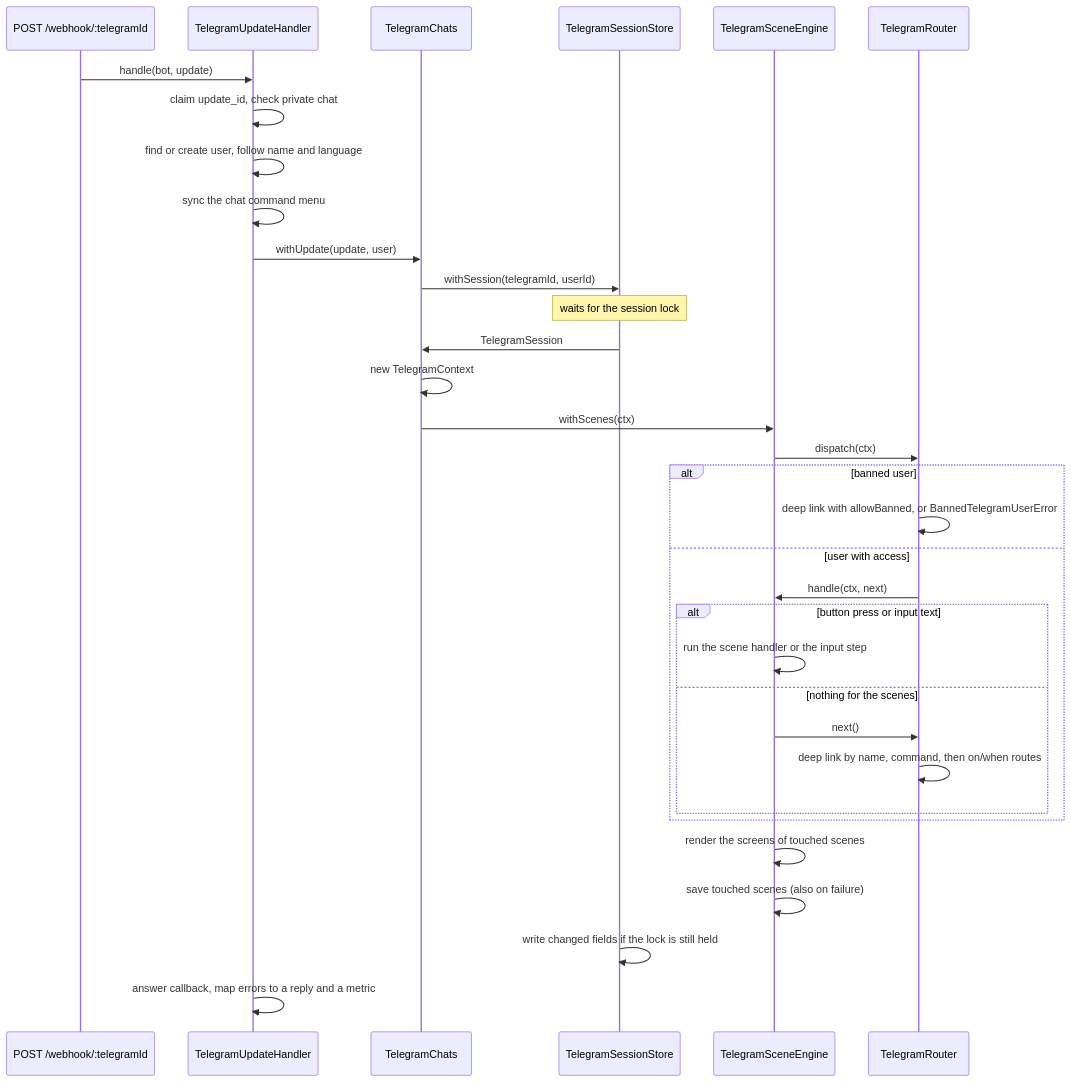
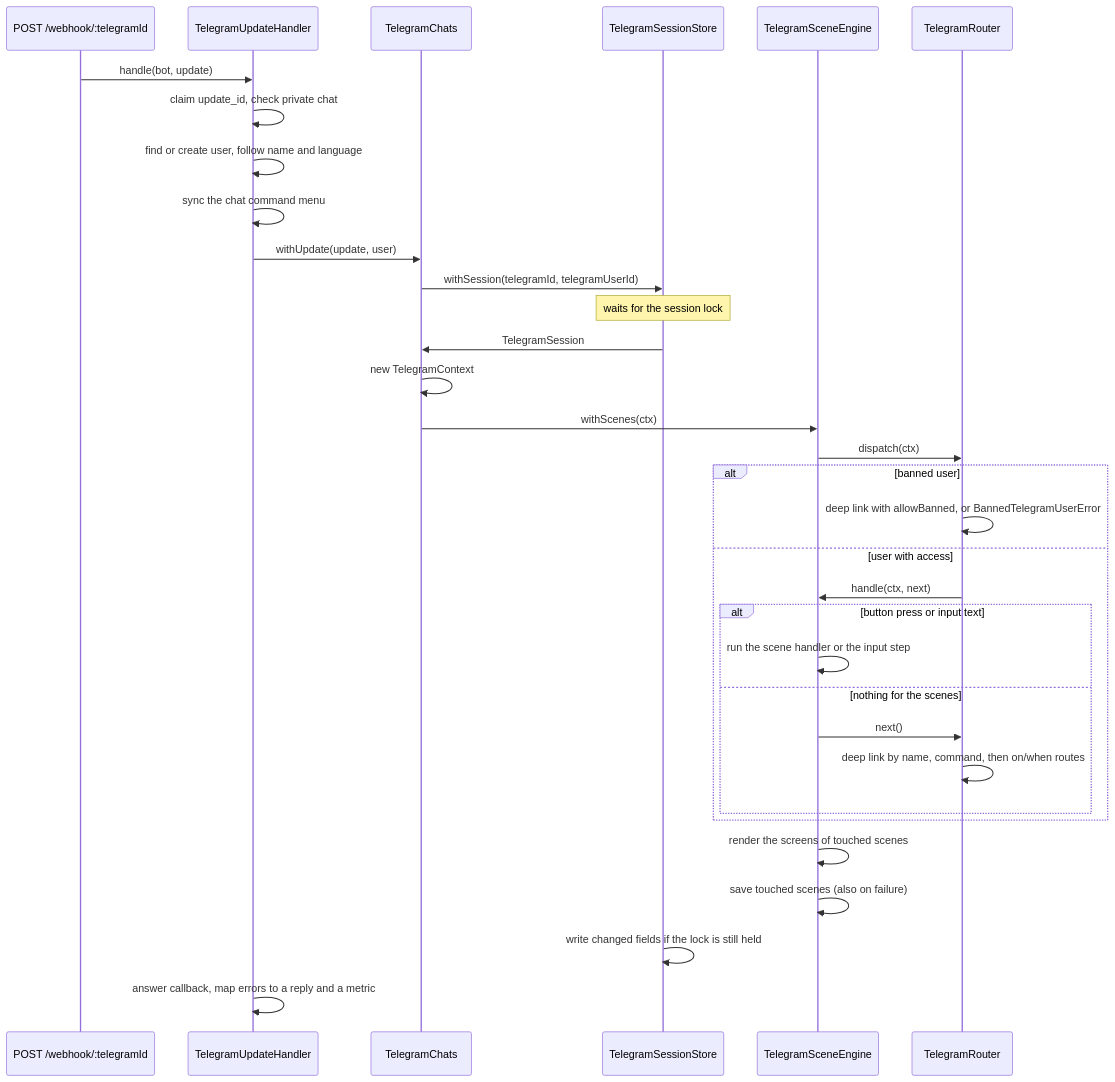
One commit to ayuvlasenko/smart-assistant changed the second of 6 diagrams in apps/server/src/plugins/app/telegram/README.md. Above: the diagram before and after it, drawn with Mermaid. The commit also changed other lines of this file and 7 other files, not shown here.

First line of the commit message:
refactor: call the Telegram id of a user telegramUserId in the engine

````diff
--- a/apps/server/src/plugins/app/telegram/README.md
+++ b/apps/server/src/plugins/app/telegram/README.md
@@ -304,36 +304,36 @@
 ```mermaid
 sequenceDiagram
     participant R as POST /webhook/:telegramId
     participant H as TelegramUpdateHandler
     participant C as TelegramChats
     participant S as TelegramSessionStore
     participant E as TelegramSceneEngine
     participant Rt as TelegramRouter
 
     R->>H: handle(bot, update)
     H->>H: claim update_id, check private chat
     H->>H: find or create user, follow name and language
     H->>H: sync the chat command menu
     H->>C: withUpdate(update, user)
-    C->>S: withSession(telegramId, userId)
+    C->>S: withSession(telegramId, telegramUserId)
     Note over S: waits for the session lock
     S->>C: TelegramSession
     C->>C: new TelegramContext
     C->>E: withScenes(ctx)
     E->>Rt: dispatch(ctx)
     alt banned user
         Rt->>Rt: deep link with allowBanned, or BannedTelegramUserError
     else user with access
         Rt->>E: handle(ctx, next)
         alt button press or input text
             E->>E: run the scene handler or the input step
         else nothing for the scenes
             E->>Rt: next()
             Rt->>Rt: deep link by name, command, then on/when routes
         end
     end
     E->>E: render the screens of touched scenes
     E->>E: save touched scenes (also on failure)
     S->>S: write changed fields if the lock is still held
     H->>H: answer callback, map errors to a reply and a metric
 ```
````
